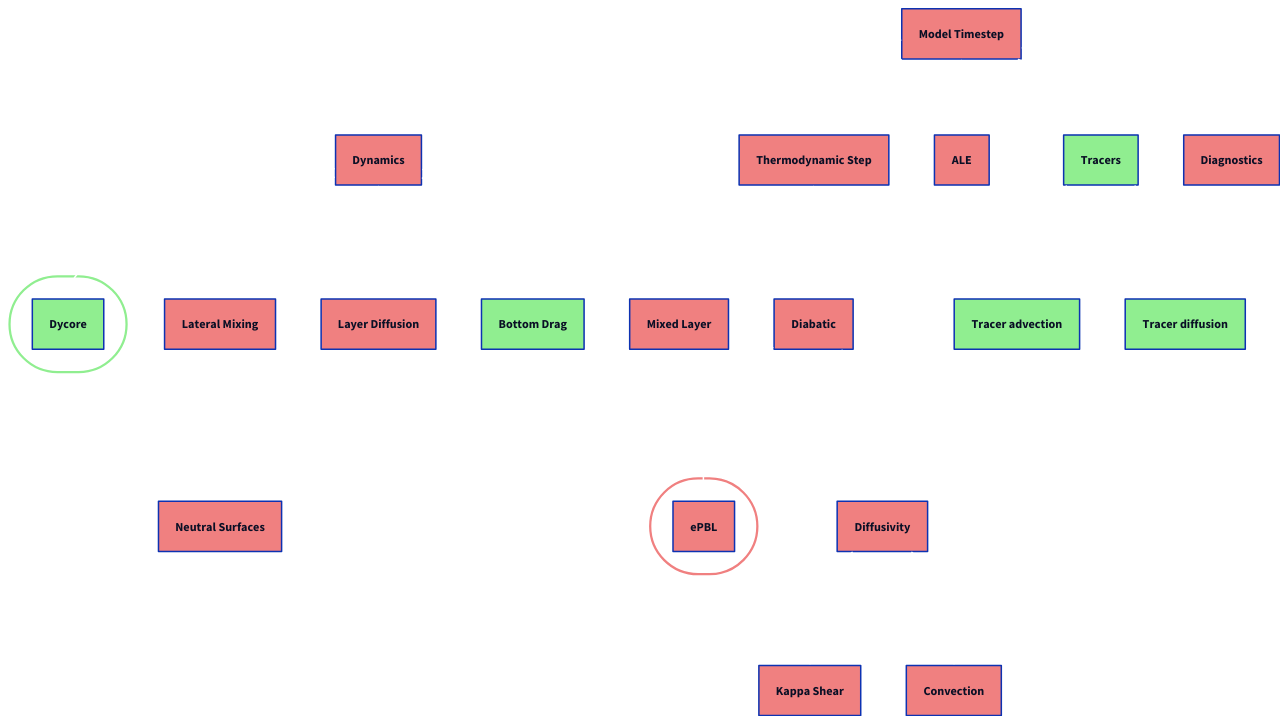
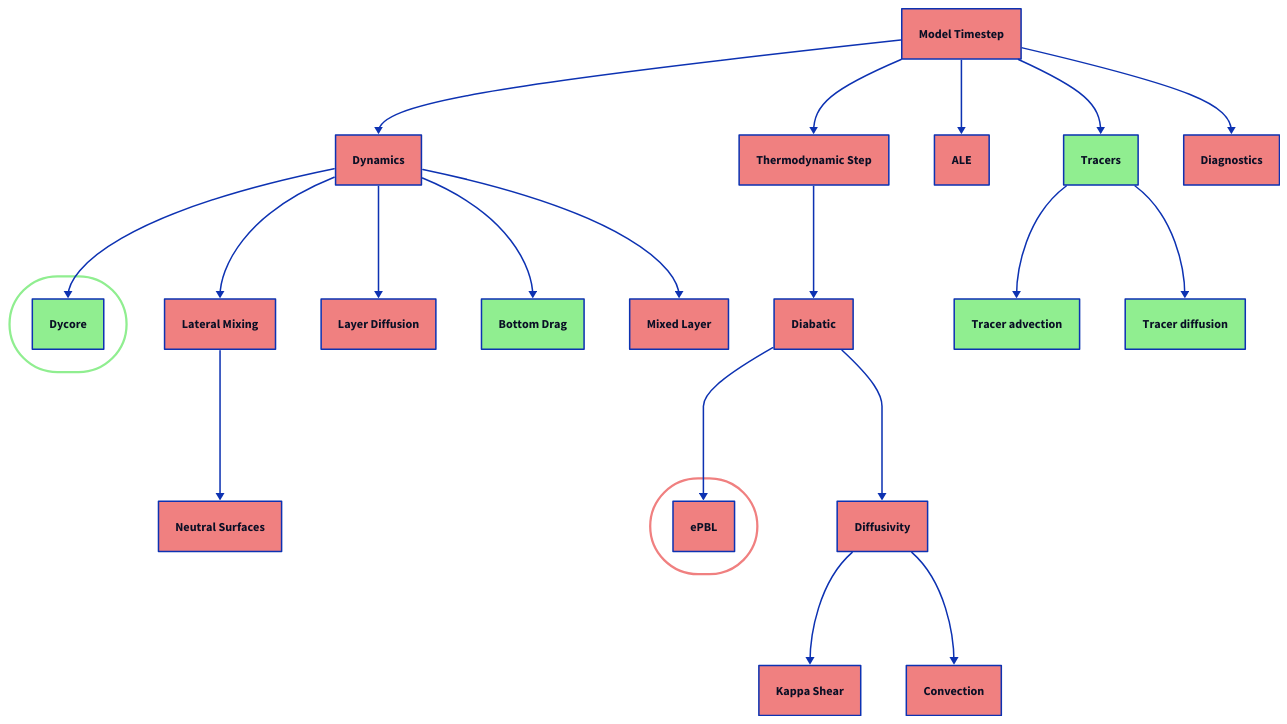
The diagram in d2/mom6code.d2 (marshallward/openhackathon2026), drawn with D2 before and after one commit. The commit also changed 10 other files, not shown here.

```diff
--- a/d2/mom6code.d2
+++ b/d2/mom6code.d2
@@ -1,194 +1,194 @@
 style.fill: transparent
 
 step_mom: {
     label: Model Timestep
     style.fill: lightcoral
 }
 
 step_mom -> step_mom_dynamics {
-    style.stroke: white
+    #style.stroke: white
 }
 step_mom -> step_mom_thermo {
-    style.stroke: white
+    #style.stroke: white
 }
 step_mom -> ale_regridding_and_remapping {
-    style.stroke: white
+    #style.stroke: white
 }
 step_mom -> step_mom_tracer_dyn {
-    style.stroke: white
+    #style.stroke: white
 }
 step_mom -> calculate_diagnostic_fields {
-    style.stroke: white
+    #style.stroke: white
 }
 
 # Dynamics
 
 step_mom_dynamics: {
     label: Dynamics
     style.fill: lightcoral
 }
 
 step_mom_dynamics -> dycore.step_mom_dyn_split_RK2 {
-    style.stroke: white
+    #style.stroke: white
 }
 step_mom_dynamics -> calc_slope_functions {
-    style.stroke: white
+    #style.stroke: white
 }
 step_mom_dynamics -> thickness_diffuse {
-    style.stroke: white
+    #style.stroke: white
 }
 step_mom_dynamics -> set_viscous_BBL {
-    style.stroke: white
+    #style.stroke: white
 }
 step_mom_dynamics -> mixedlayer_restrat {
-    style.stroke: white
+    #style.stroke: white
 }
 
 
 # Dycore
 
 dycore: {
   label: ""
   style.fill: transparent
   style.stroke: lightgreen
   style.stroke-width: 3
   style.border-radius: 999
 
   step_mom_dyn_split_RK2: {
       label: Dycore
       style.fill: lightgreen
   }
 }
 
 
 # Lateral mixing coefficients
 
 calc_slope_functions: {
     label: Lateral Mixing
     style.fill: lightcoral
 }
 
 thickness_diffuse: {
     label: Layer Diffusion
     style.fill: lightcoral
 }
 
 set_viscous_BBL: {
     label: Bottom Drag
     style.fill: lightgreen
 }
 
 mixedlayer_restrat: {
     label: Mixed Layer
     style.fill: lightcoral
 }
 
 
 calc_slope_functions -> calc_isoneutral_slopes {
-    style.stroke: white
+    #style.stroke: white
 }
 #calc_slope_functions -> valc_visbeck_coeffs_old
 
 calc_isoneutral_slopes: {
     label: Neutral Surfaces
     style.fill: lightcoral
 }
 
 
 # Thermo
 
 step_mom_thermo: {
     label: Thermodynamic Step
     style.fill: lightcoral
 }
 
 step_mom_thermo -> diabatic {
-    style.stroke: white
+    #style.stroke: white
 }
 diabatic -> epbl.energetic_pbl {
-    style.stroke: white
+    #style.stroke: white
 }
 diabatic -> set_diffusivity {
-    style.stroke: white
+    #style.stroke: white
 }
 #diabatic -> applyboundaryfluxesinout
 
 diabatic: {
     label: Diabatic
     style.fill: lightcoral
 }
 
 epbl: {
   label: ""
   style.fill: transparent
   style.stroke: lightcoral
   style.stroke-width: 3
   style.border-radius: 999
 
   energetic_pbl: {
       label: ePBL
       style.fill: lightcoral
   }
 }
 
 set_diffusivity: {
     label: Diffusivity
     style.fill: lightcoral
 }
 
 set_diffusivity -> kappa_shear_vertex {
-    style.stroke: white
+    #style.stroke: white
 }
 set_diffusivity -> full_convection {
-    style.stroke: white
+    #style.stroke: white
 }
 
 kappa_shear_vertex: {
     label: Kappa Shear
     style.fill: lightcoral
 }
 
 full_convection: {
     label: Convection
     style.fill: lightcoral
 }
 
 
 # ALE
 
 ale_regridding_and_remapping: {
     label: ALE
     style.fill: lightcoral
 }
 
 # Tracers
 
 step_mom_tracer_dyn: {
     label: Tracers
     style.fill: lightgreen
 }
 
 step_mom_tracer_dyn -> tracer_advect {
-    style.stroke: white
+    #style.stroke: white
 }
 step_mom_tracer_dyn -> tracer_hordiff {
-    style.stroke: white
+    #style.stroke: white
 }
 #step_mom_tracer_dyn -> tracer_vertdiff
 
 tracer_advect: {
     label: Tracer advection
     style.fill: lightgreen
 }
 
 tracer_hordiff: {
     label: Tracer diffusion
     style.fill: lightgreen
 }
 
 # Diagnostics
 
 calculate_diagnostic_fields: {
     label: Diagnostics
     style.fill: lightcoral
 }
```
